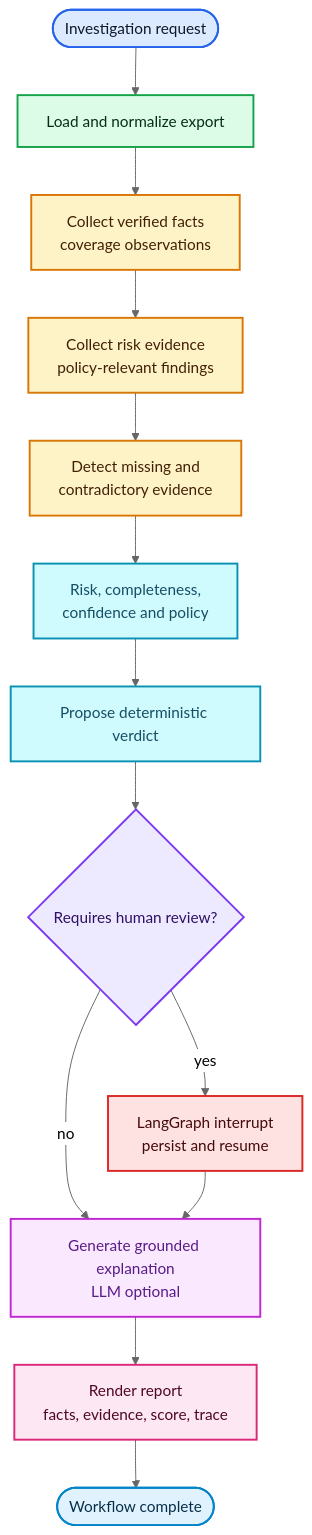
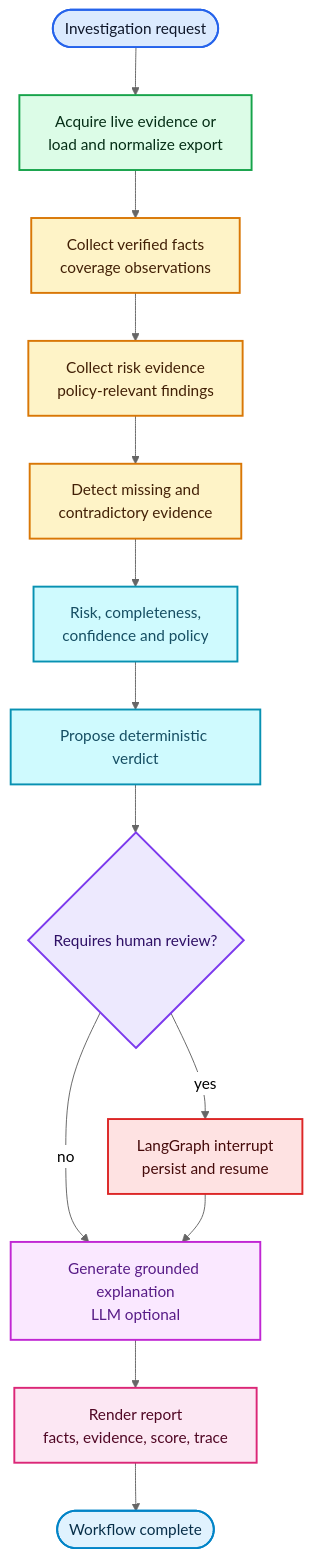
Before and after one commit to xsub/ProvenanceRiskAgent: the second of 2 diagrams in README.md, drawn with Mermaid (neutral theme). The commit also changed other lines of this file and 35 other files, not shown here.

Commit message:
Add live evidence acquisition and policy profiles

````diff
--- a/README.md
+++ b/README.md
@@ -184,38 +189,38 @@
 ```mermaid
 flowchart TD
   request(["Investigation request"]):::start;
-  load["Load and normalize export"]:::io;
+  load["Acquire live evidence or<br/>load and normalize export"]:::io;
   facts["Collect verified facts<br/>coverage observations"]:::deterministic;
   evidence["Collect risk evidence<br/>policy-relevant findings"]:::deterministic;
   consistency["Detect missing and<br/>contradictory evidence"]:::deterministic;
   score["Risk, completeness,<br/>confidence and policy"]:::policy;
   verdict["Propose deterministic verdict"]:::policy;
   route{"Requires human review?"}:::decision;
   explain["Generate grounded explanation<br/>LLM optional"]:::explain;
   review["LangGraph interrupt<br/>persist and resume"]:::review;
   report["Render report<br/>facts, evidence, score, trace"]:::result;
   done(["Workflow complete"]):::done;
 
   request --> load;
   load --> facts;
   facts --> evidence;
   evidence --> consistency;
   consistency --> score;
   score --> verdict;
   verdict --> route;
   route -- "no" --> explain;
   route -- "yes" --> review;
   explain --> report;
   review --> explain;
   report --> done;
 
   classDef start fill:#dbeafe,stroke:#2563eb,color:#0f172a,stroke-width:2px;
   classDef io fill:#dcfce7,stroke:#16a34a,color:#052e16,stroke-width:2px;
   classDef deterministic fill:#fef3c7,stroke:#d97706,color:#422006,stroke-width:2px;
   classDef policy fill:#cffafe,stroke:#0891b2,color:#164e63,stroke-width:2px;
   classDef decision fill:#ede9fe,stroke:#7c3aed,color:#2e1065,stroke-width:2px;
   classDef explain fill:#fae8ff,stroke:#c026d3,color:#581c87,stroke-width:2px;
   classDef review fill:#fee2e2,stroke:#dc2626,color:#450a0a,stroke-width:2px;
   classDef result fill:#fce7f3,stroke:#db2777,color:#500724,stroke-width:2px;
   classDef done fill:#e0f2fe,stroke:#0284c7,color:#082f49,stroke-width:2px;
 ```
````
